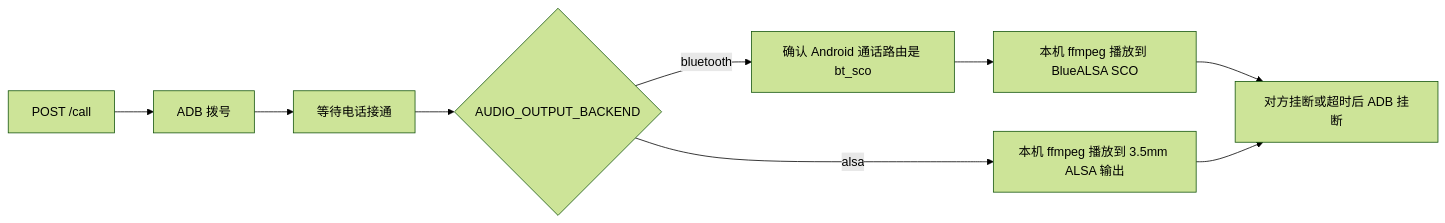
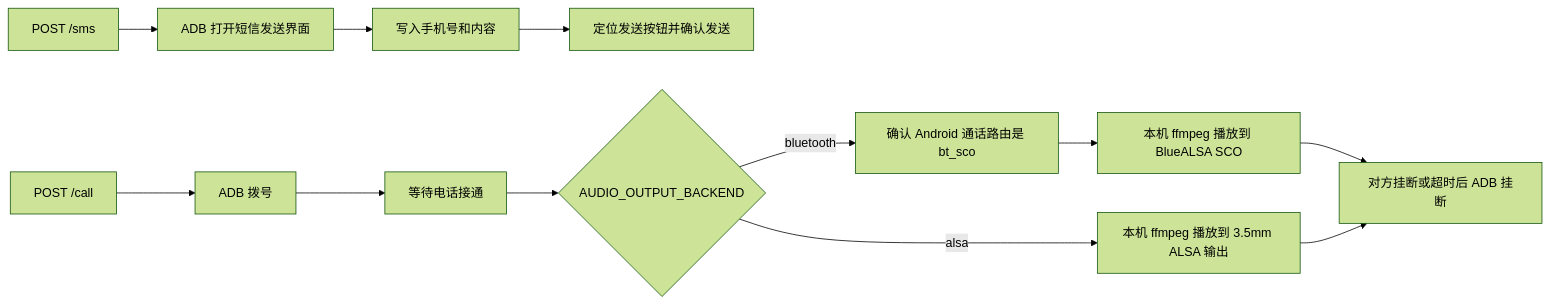
The diagram in README.md (liuzhuogood/AutoCallBot), drawn with Mermaid (forest theme) before and after one commit. The commit also changed other lines of this file and 7 other files, not shown here.

````diff
--- a/README.md
+++ b/README.md
@@ -7,11 +7,14 @@
 ```mermaid
 flowchart LR
     A["POST /call"] --> B["ADB 拨号"]
+    A2["POST /sms"] --> B2["ADB 打开短信发送界面"]
+    B2 --> C2["写入手机号和内容"]
+    C2 --> D2["定位发送按钮并确认发送"]
     B --> C["等待电话接通"]
     C --> D{"AUDIO_OUTPUT_BACKEND"}
     D -->|bluetooth| E["确认 Android 通话路由是 bt_sco"]
     E --> F["本机 ffmpeg 播放到 BlueALSA SCO"]
     D -->|alsa| G["本机 ffmpeg 播放到 3.5mm ALSA 输出"]
     F --> H["对方挂断或超时后 ADB 挂断"]
     G --> H
 ```
````
